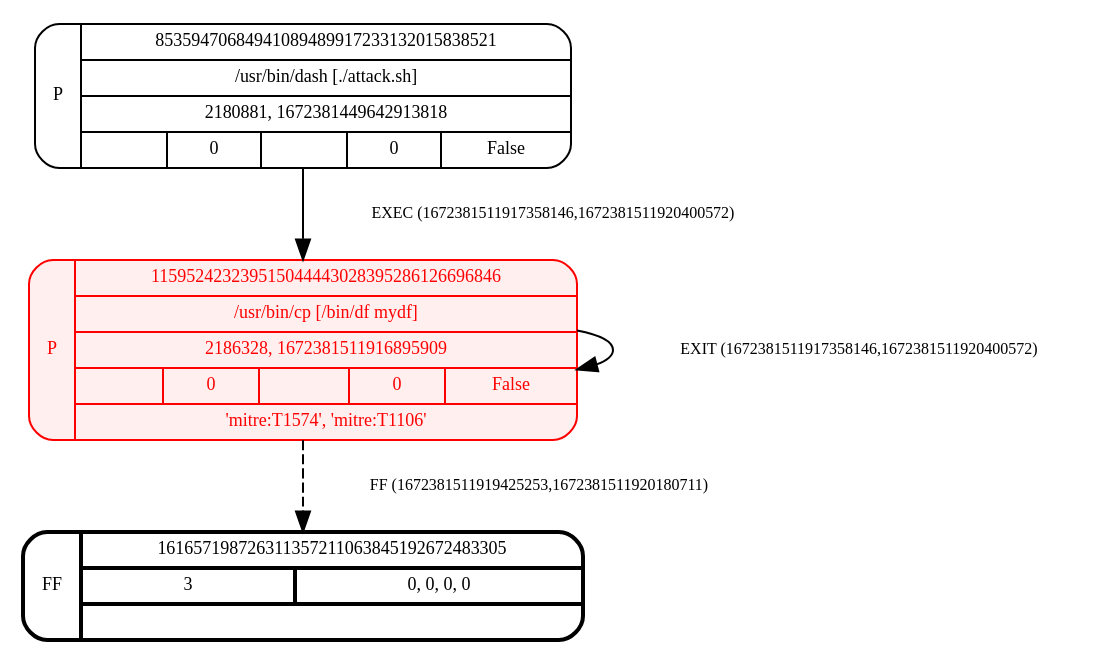
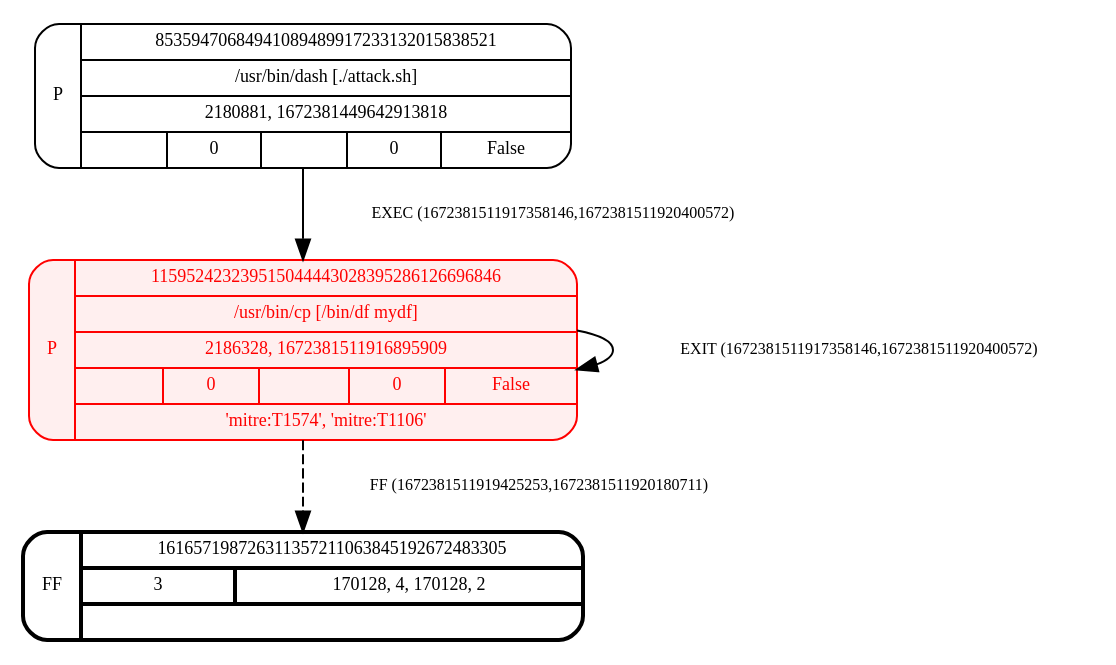
Before and after one commit to yao-fengchen/analysis: the diagram in result/graphlet.gv, drawn with Graphviz. The commit also changed 3 other files, not shown here.

```diff
--- a/result/graphlet.gv
+++ b/result/graphlet.gv
@@ -1,11 +1,11 @@
 digraph graphlet {
 	graph [overlap=scale rankdir=TD splines=true]
 	node [fontsize=9 shape=Mrecord]
 	edge [fontsize=8]
 	115952423239515044443028395286126696846 [label="P|{115952423239515044443028395286126696846|{/usr/bin/cp [/bin/df mydf]}|{2186328, 1672381511916895909}|{<NA>|0|<NA>|0|False}|{{'mitre:T1574', 'mitre:T1106'}}}" color=red fillcolor="#ff000010" fontcolor=red style=filled]
 	85359470684941089489917233132015838521 [label="P|{85359470684941089489917233132015838521|{/usr/bin/dash [./attack.sh]}|{2180881, 1672381449642913818}|{<NA>|0|<NA>|0|False}}"]
-	161657198726311357211063845192672483305 [label="FF|{161657198726311357211063845192672483305|{3|0, 0, 0, 0}|{}}" style=bold]
+	161657198726311357211063845192672483305 [label="FF|{161657198726311357211063845192672483305|{3|170128, 4, 170128, 2}|{}}" style=bold]
 	115952423239515044443028395286126696846 -> 161657198726311357211063845192672483305 [label="    FF (1672381511919425253,1672381511920180711)" style=dashed]
 	115952423239515044443028395286126696846 -> 115952423239515044443028395286126696846 [label="    EXIT (1672381511917358146,1672381511920400572)"]
 	85359470684941089489917233132015838521 -> 115952423239515044443028395286126696846 [label="    EXEC (1672381511917358146,1672381511920400572)"]
 }
```
